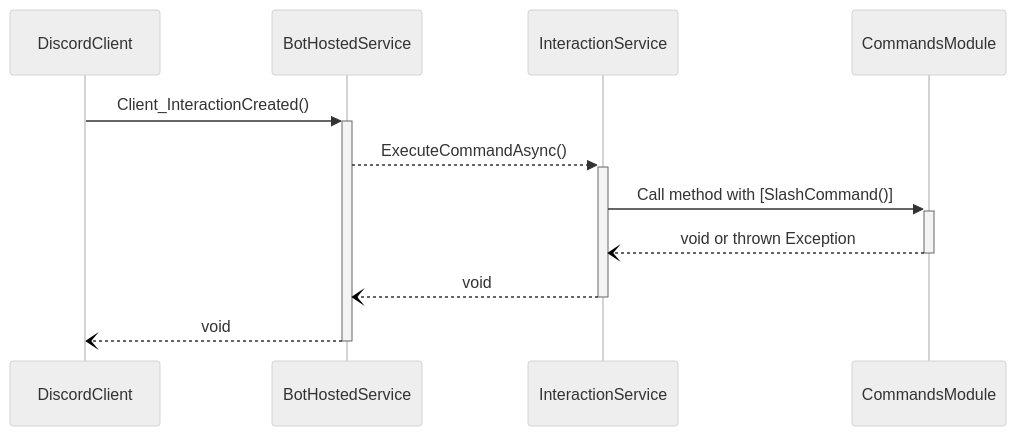
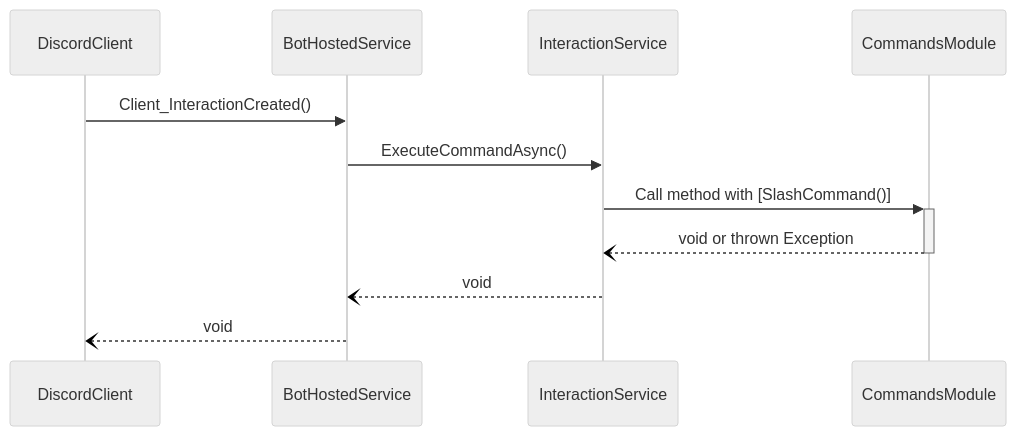
One commit to anthonylangsworth/OrderBot changed the first of 2 diagrams in doc/Development.md. Above: the diagram before and after it, drawn with Mermaid (neutral theme).

Commit message:
Correct command sequence diagram

````diff
--- a/doc/Development.md
+++ b/doc/Development.md
@@ -26,9 +26,9 @@
 ```mermaid
 sequenceDiagram
-  DiscordClient->>+BotHostedService : Client_InteractionCreated()
-  BotHostedService-->>+InteractionService: ExecuteCommandAsync()
+  DiscordClient->>BotHostedService : Client_InteractionCreated()
+  BotHostedService->>InteractionService: ExecuteCommandAsync()
   InteractionService->>+CommandsModule: Call method with [SlashCommand()]
   CommandsModule--)-InteractionService: void or thrown Exception 
-  InteractionService--)-BotHostedService: void
-  BotHostedService--)-DiscordClient: void
+  InteractionService--)BotHostedService: void
+  BotHostedService--)DiscordClient: void
 ```
````
